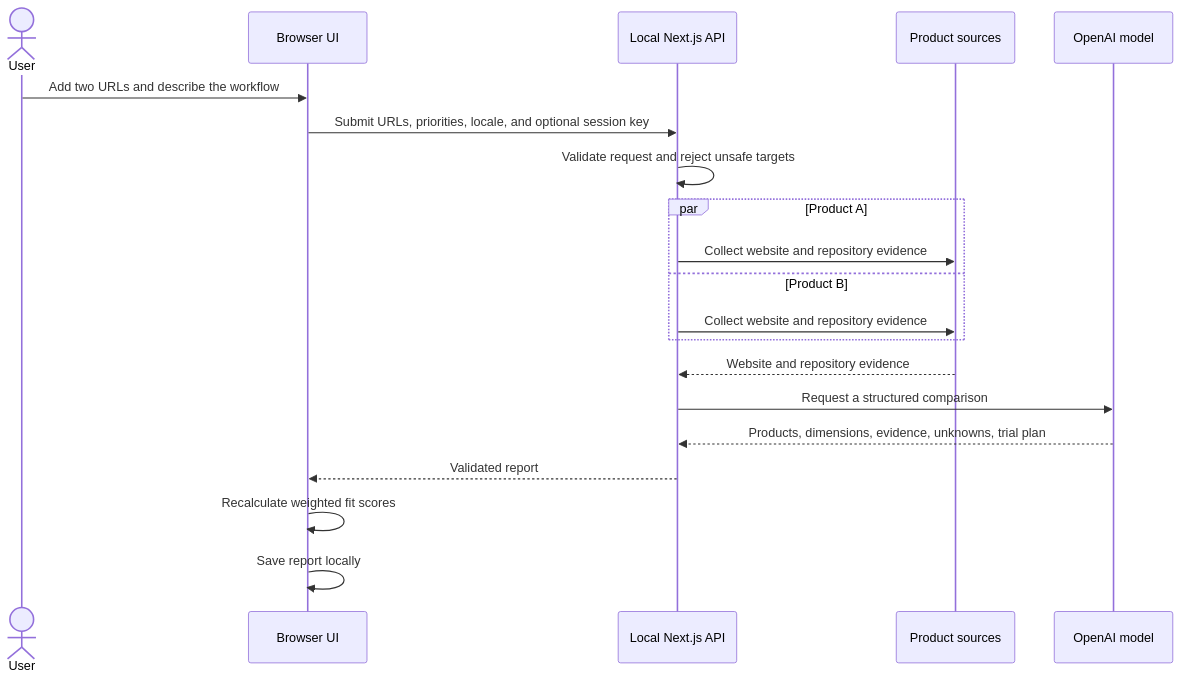
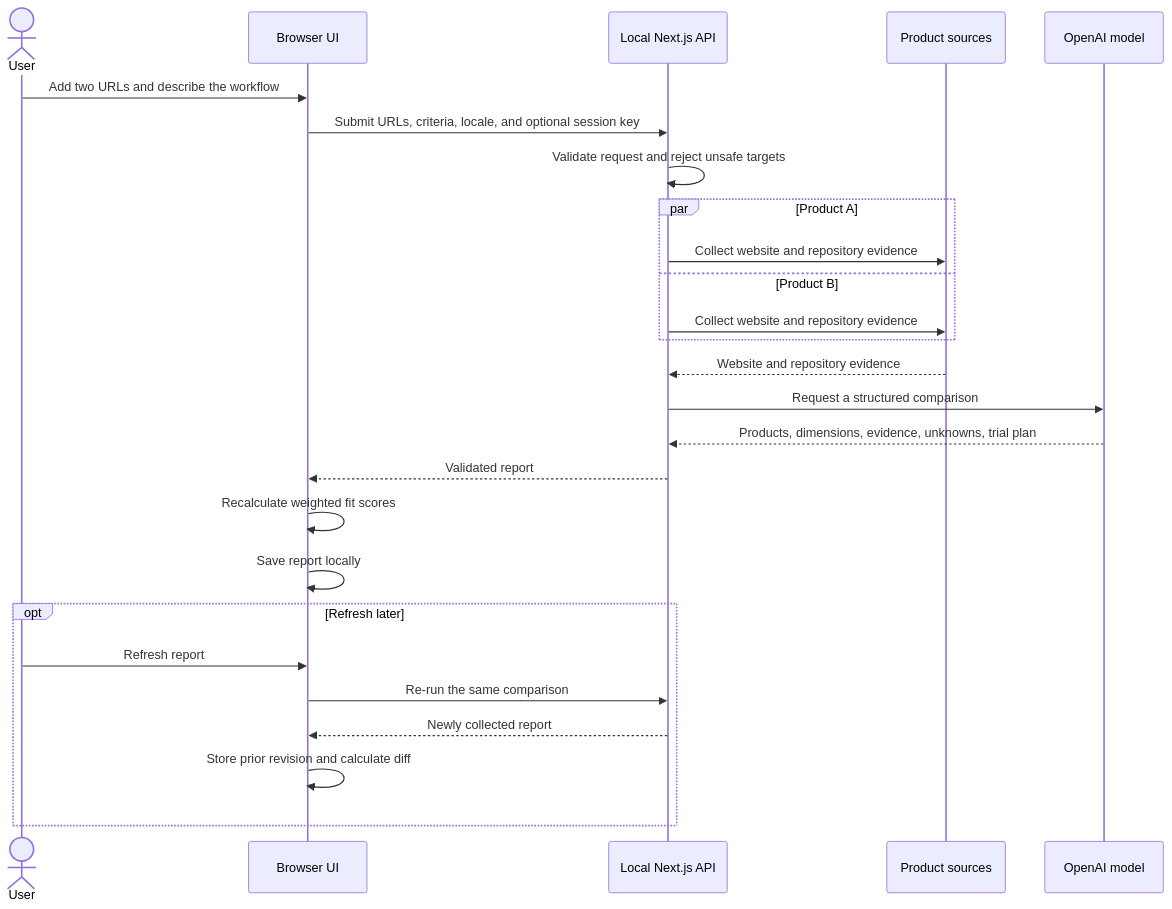
Before and after one commit to wp043/fitlens: the second of 5 diagrams in README.md, drawn with Mermaid. The commit also changed other lines of this file and 16 other files, not shown here.

Commit message:
feat(comparison): add custom criteria and report refresh

````diff
--- a/README.md
+++ b/README.md
@@ -79,23 +88,29 @@
 ```mermaid
 sequenceDiagram
     actor User
     participant UI as Browser UI
     participant API as Local Next.js API
     participant Sources as Product sources
     participant Model as OpenAI model
 
     User->>UI: Add two URLs and describe the workflow
-    UI->>API: Submit URLs, priorities, locale, and optional session key
+    UI->>API: Submit URLs, criteria, locale, and optional session key
     API->>API: Validate request and reject unsafe targets
     par Product A
         API->>Sources: Collect website and repository evidence
     and Product B
         API->>Sources: Collect website and repository evidence
     end
     Sources-->>API: Website and repository evidence
     API->>Model: Request a structured comparison
     Model-->>API: Products, dimensions, evidence, unknowns, trial plan
     API-->>UI: Validated report
     UI->>UI: Recalculate weighted fit scores
     UI->>UI: Save report locally
+    opt Refresh later
+        User->>UI: Refresh report
+        UI->>API: Re-run the same comparison
+        API-->>UI: Newly collected report
+        UI->>UI: Store prior revision and calculate diff
+    end
 ```
````
